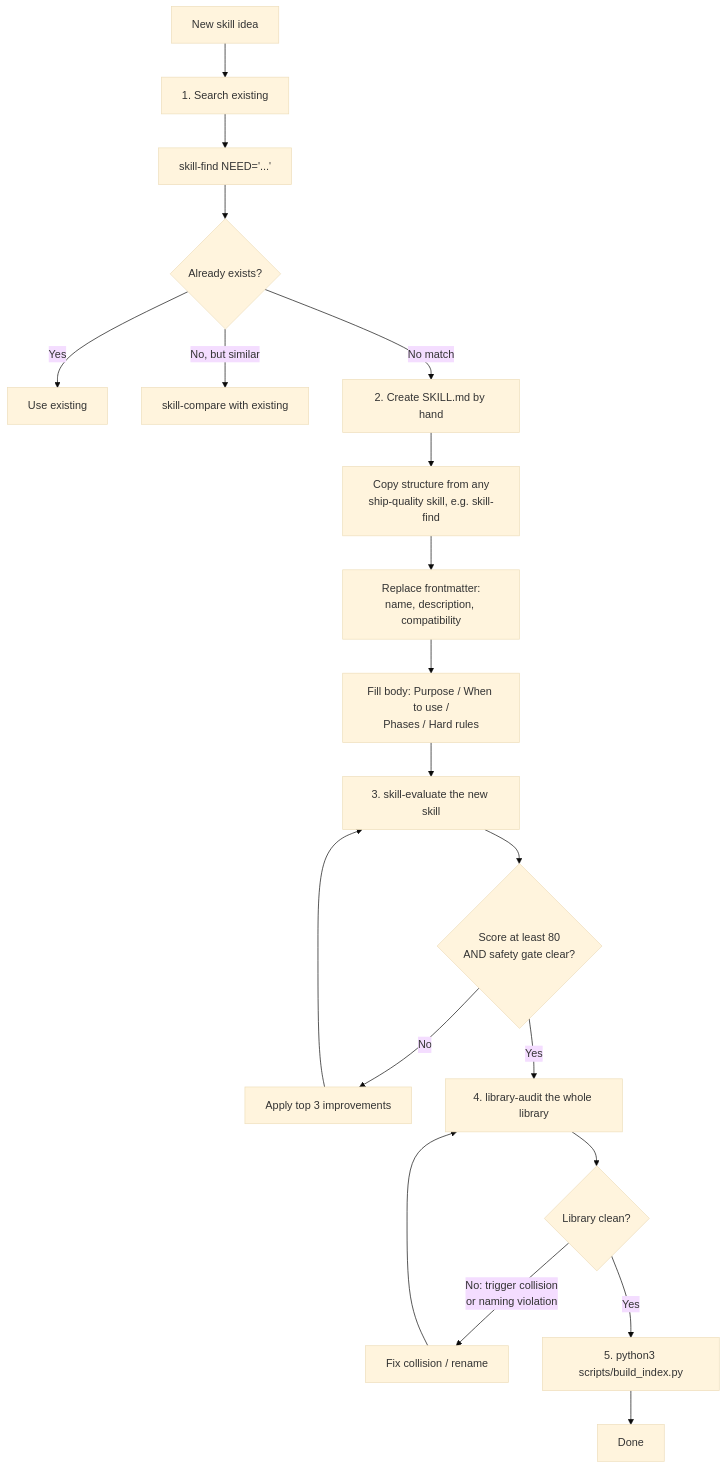
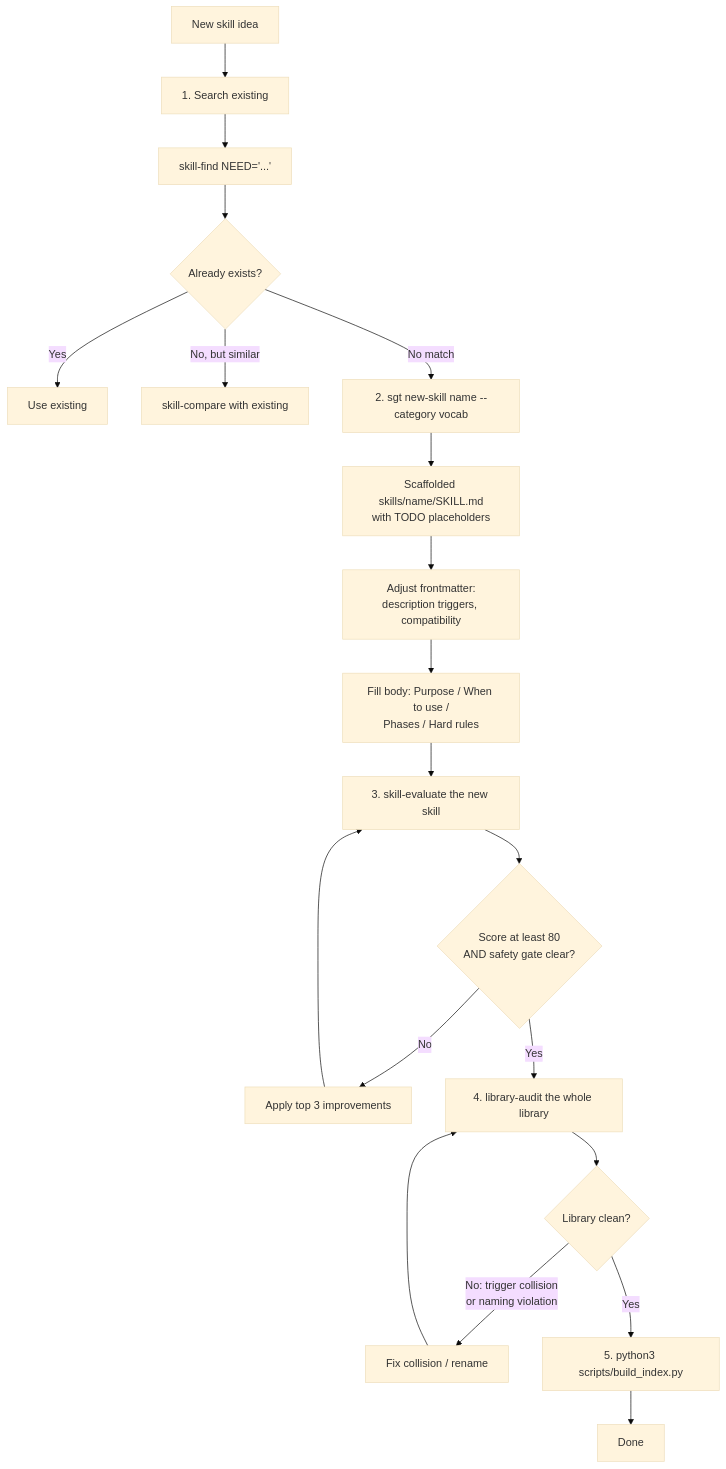
One commit to artemrudenko/skill-governance-toolkit changed the fourth of 10 diagrams in docs/user-guide.md. Above: the diagram before and after it, drawn with Mermaid (base theme). The commit also changed other lines of this file and 9 other files, not shown here.

````diff
--- a/docs/user-guide.md
+++ b/docs/user-guide.md
@@ -243,23 +249,23 @@
 ```mermaid
 flowchart TD
     A[New skill idea] --> B[1. Search existing]
     B --> C[skill-find NEED='...']
     C --> D{Already exists?}
     D -->|Yes| E[Use existing]
     D -->|No, but similar| F[skill-compare with existing]
-    D -->|No match| G[2. Create SKILL.md by hand]
+    D -->|No match| G[2. sgt new-skill name --category vocab]
 
-    G --> H[Copy structure from any<br/>ship-quality skill, e.g. skill-find]
-    H --> I[Replace frontmatter:<br/>name, description, compatibility]
+    G --> H[Scaffolded skills/name/SKILL.md<br/>with TODO placeholders]
+    H --> I[Adjust frontmatter:<br/>description triggers, compatibility]
     I --> J[Fill body: Purpose / When to use /<br/>Phases / Hard rules]
     J --> K[3. skill-evaluate the new skill]
     K --> L{Score at least 80<br/>AND safety gate clear?}
     L -->|No| M[Apply top 3 improvements]
     M --> K
     L -->|Yes| N[4. library-audit the whole library]
     N --> O{Library clean?}
     O -->|No: trigger collision<br/>or naming violation| P[Fix collision / rename]
     P --> N
     O -->|Yes| Q[5. python3 scripts/build_index.py]
     Q --> R[Done]
 ```
````
